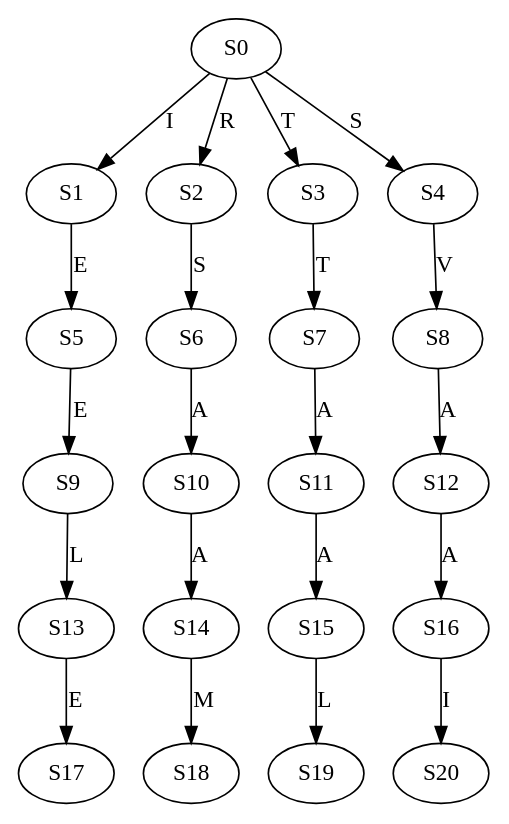
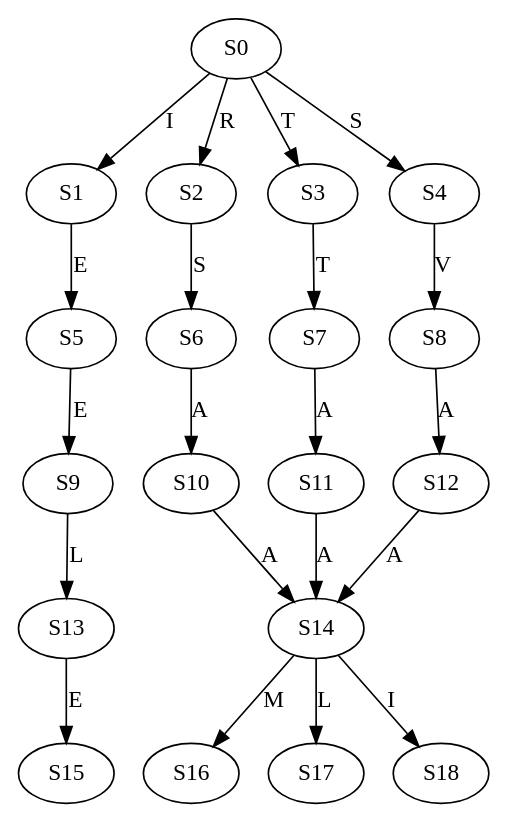
Before and after one commit to Kuanhao-Chao/Wheeler_Graph_Toolkit: the diagram in data/graph/GT_vs_WGT/DeBruijnG_AA/Human_UBE2L5_orthologues_AA_k_3_l_5_a_4.dot, drawn with Graphviz. The commit also changed 1989 other files, not shown here.

Commit message:
Add non-collapsed De Bruijn Graph

```diff
--- a/data/graph/GT_vs_WGT/DeBruijnG_AA/Human_UBE2L5_orthologues_AA_k_3_l_5_a_4.dot
+++ b/data/graph/GT_vs_WGT/DeBruijnG_AA/Human_UBE2L5_orthologues_AA_k_3_l_5_a_4.dot
@@ -1,22 +1,22 @@
 strict digraph  {
 	S0 -> S1 [ label = I ];
 	S0 -> S2 [ label = R ];
 	S0 -> S3 [ label = T ];
 	S0 -> S4 [ label = S ];
 	S1 -> S5 [ label = E ];
 	S2 -> S6 [ label = S ];
 	S3 -> S7 [ label = T ];
 	S4 -> S8 [ label = V ];
 	S5 -> S9 [ label = E ];
 	S6 -> S10 [ label = A ];
 	S7 -> S11 [ label = A ];
 	S8 -> S12 [ label = A ];
 	S9 -> S13 [ label = L ];
 	S10 -> S14 [ label = A ];
-	S11 -> S15 [ label = A ];
-	S12 -> S16 [ label = A ];
-	S13 -> S17 [ label = E ];
-	S14 -> S18 [ label = M ];
-	S15 -> S19 [ label = L ];
-	S16 -> S20 [ label = I ];
+	S11 -> S14 [ label = A ];
+	S12 -> S14 [ label = A ];
+	S13 -> S15 [ label = E ];
+	S14 -> S16 [ label = M ];
+	S14 -> S17 [ label = L ];
+	S14 -> S18 [ label = I ];
 }
```
